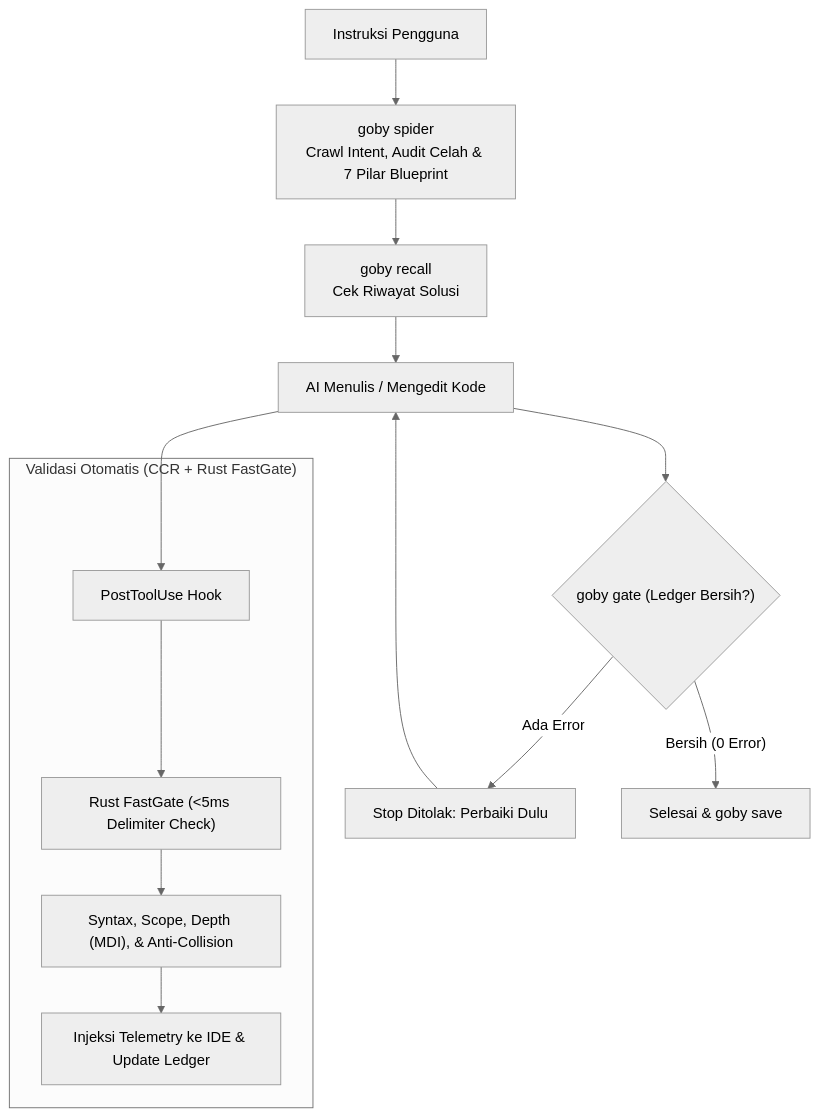
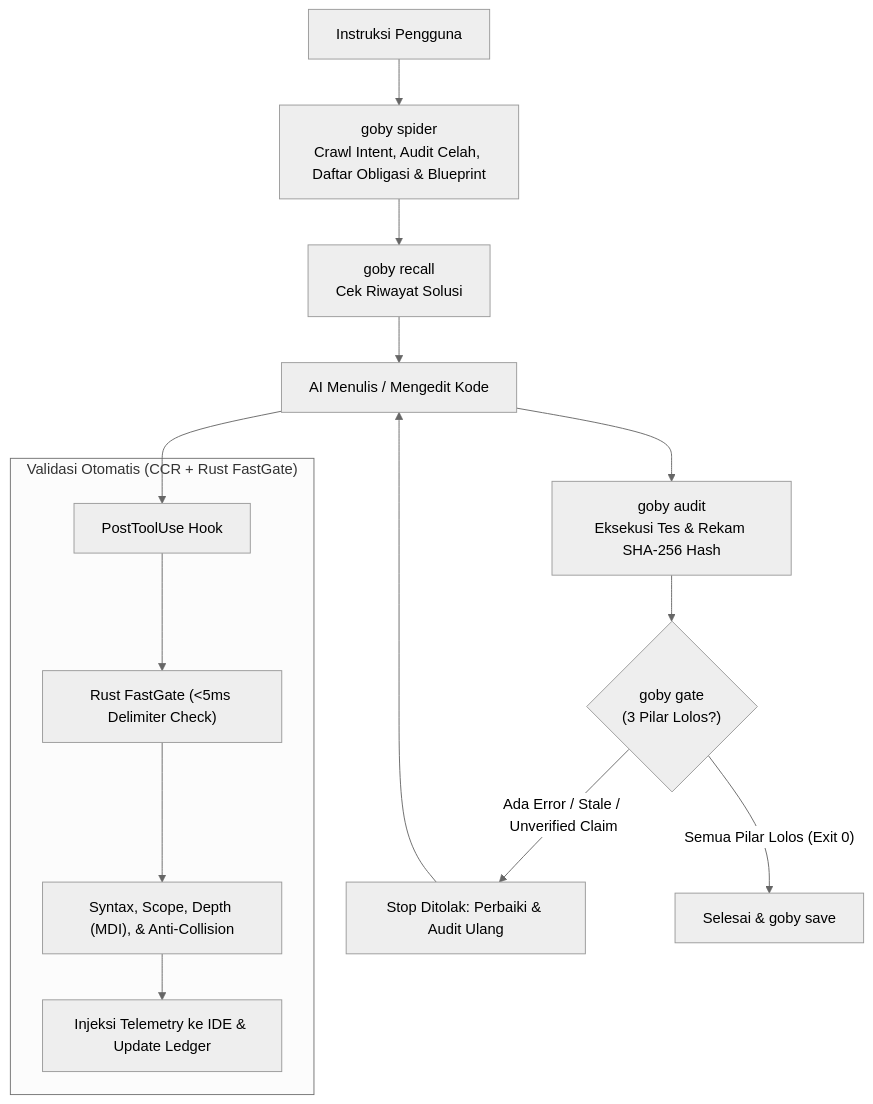
Before and after one commit to V4nds/Gobysh: the diagram in README.md, drawn with Mermaid (neutral theme). The commit also changed other lines of this file and 2 other files, not shown here.

Commit message:
docs: calibrate AGENTS.md, SKILL.md, and README.md for Goby v5.5 Evidence-Obligation Exit Gate

````diff
--- a/README.md
+++ b/README.md
@@ -45,18 +50,19 @@
 ```mermaid
 flowchart TD
-    UserPrompt["Instruksi Pengguna"] --> Spider["goby spider\nCrawl Intent, Audit Celah & 7 Pilar Blueprint"]
+    UserPrompt["Instruksi Pengguna"] --> Spider["goby spider\nCrawl Intent, Audit Celah, Daftar Obligasi & Blueprint"]
     Spider --> Recall["goby recall\nCek Riwayat Solusi"]
     Recall --> Code["AI Menulis / Mengedit Kode"]
     
     Code --> Hook["PostToolUse Hook"]
     subgraph Guardrail ["Validasi Otomatis (CCR + Rust FastGate)"]
         Hook --> FastGate["Rust FastGate (<5ms Delimiter Check)"]
         FastGate --> Checks["Syntax, Scope, Depth (MDI), & Anti-Collision"]
         Checks --> Telemetry["Injeksi Telemetry ke IDE & Update Ledger"]
     end
     
-    Code --> StopGate{"goby gate (Ledger Bersih?)"}
-    StopGate -- "Ada Error" --> Block["Stop Ditolak: Perbaiki Dulu"]
+    Code --> Audit["goby audit\nEksekusi Tes & Rekam SHA-256 Hash"]
+    Audit --> StopGate{"goby gate\n(3 Pilar Lolos?)"}
+    StopGate -- "Ada Error / Stale / Unverified Claim" --> Block["Stop Ditolak: Perbaiki & Audit Ulang"]
     Block --> Code
-    StopGate -- "Bersih (0 Error)" --> Finish["Selesai & goby save"]
+    StopGate -- "Semua Pilar Lolos (Exit 0)" --> Finish["Selesai & goby save"]
 ```
````
